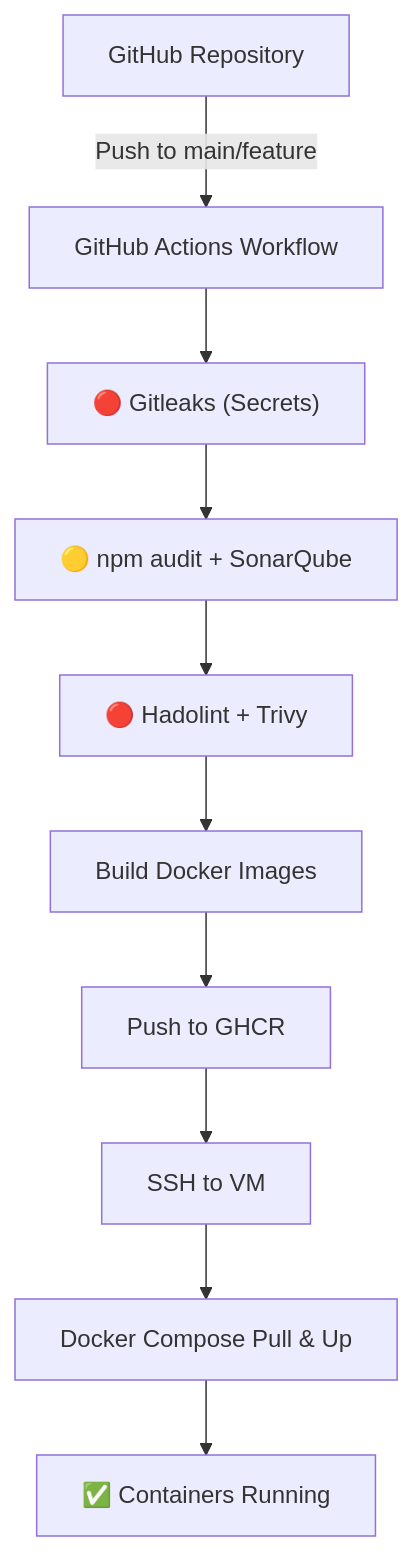
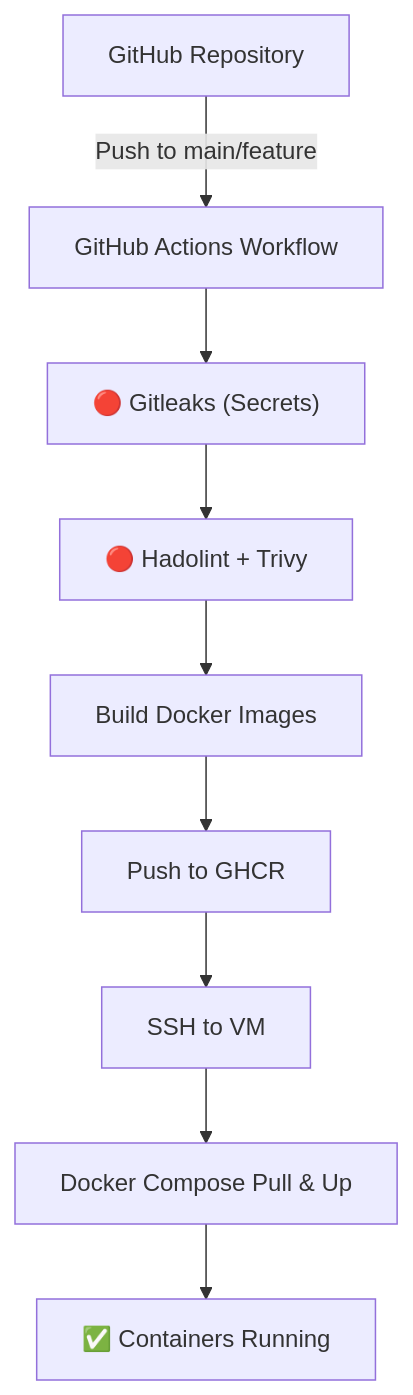
Before and after one commit to A-Marbach/conduit-container: the diagram in readme.md, drawn with Mermaid. The commit also changed other lines of this file, not shown here.

Commit message:
remove npm audit and sonarqube references

````diff
--- a/readme.md
+++ b/readme.md
@@ -201,12 +180,11 @@
 ```mermaid
 flowchart TD
     GitHubRepo[GitHub Repository] -->|Push to main/feature| Actions[GitHub Actions Workflow]
     Actions --> Gitleaks["🔴 Gitleaks (Secrets)"]
-    Gitleaks --> Quality["🟡 npm audit + SonarQube"]
-    Quality --> Infra["🔴 Hadolint + Trivy"]
+    Gitleaks --> Infra["🔴 Hadolint + Trivy"]
     Infra --> Build["Build Docker Images"]
     Build --> Push["Push to GHCR"]
     Push --> SSH["SSH to VM"]
     SSH --> Compose["Docker Compose Pull & Up"]
     Compose --> Running["✅ Containers Running"]
 ```
````
